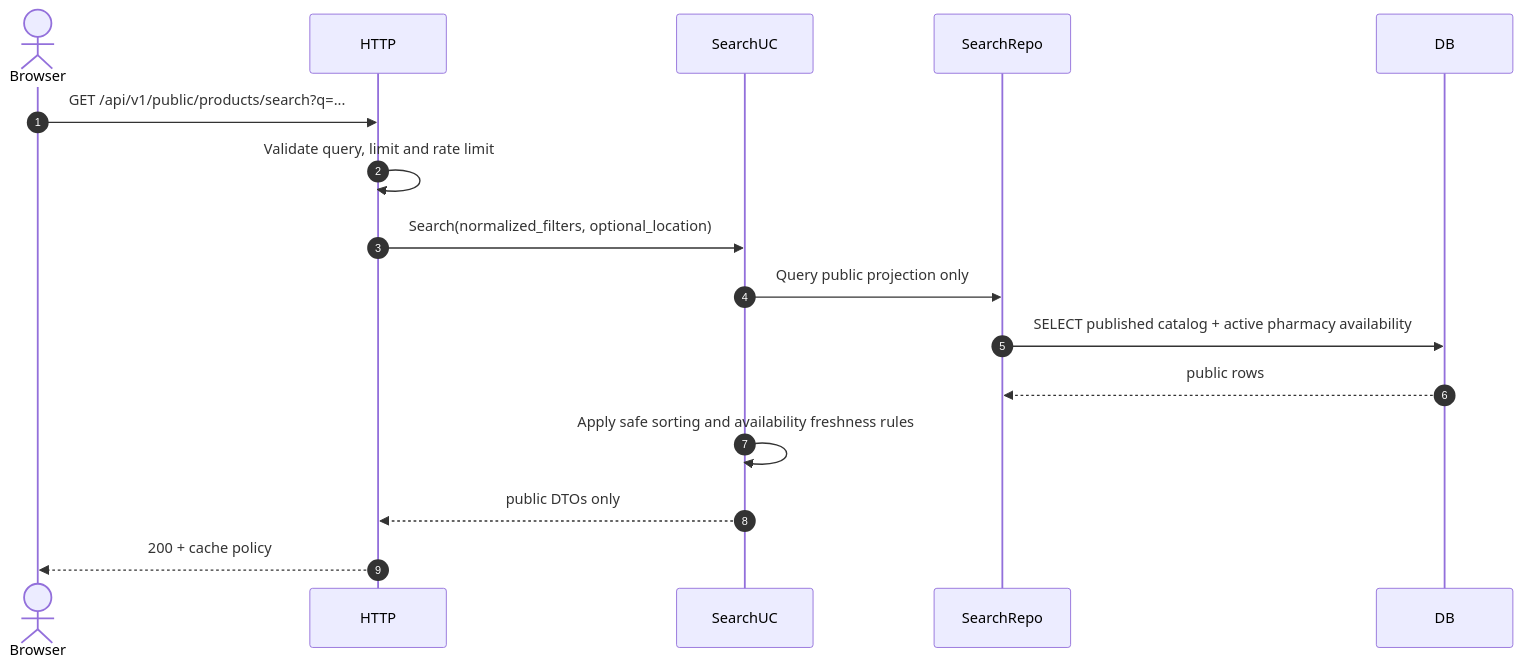
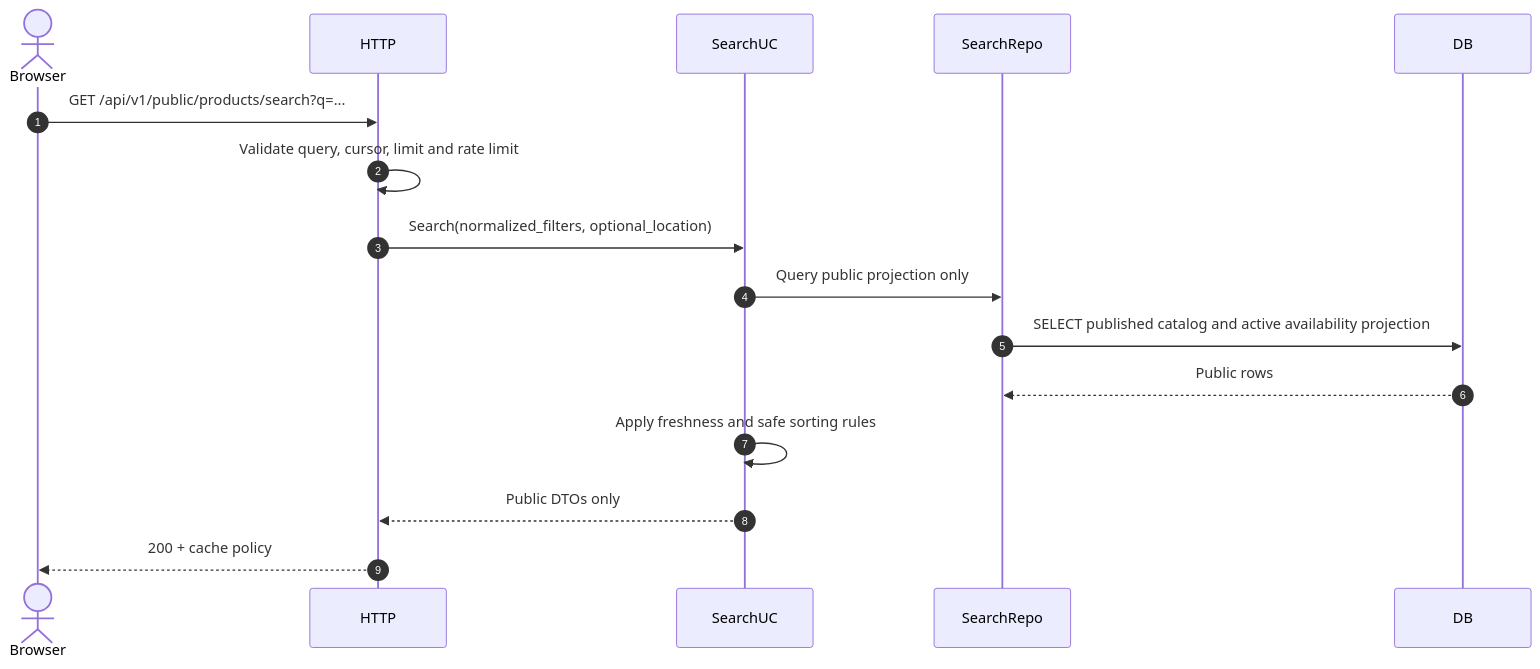
Diagram 15 of 19 in docs/10-sequence-diagrams.md (GulovM/PharmacyCRM), drawn with Mermaid before and after one commit. The commit also changed other lines of this file, not shown here.

Commit message:
Harden critical sequence and transaction protocols

````diff
--- a/docs/10-sequence-diagrams.md
+++ b/docs/10-sequence-diagrams.md
@@ -482,19 +707,19 @@
 ```mermaid
 sequenceDiagram
     autonumber
     actor Browser
     participant HTTP
     participant SearchUC
     participant SearchRepo
     participant DB
 
     Browser->>HTTP: GET /api/v1/public/products/search?q=...
-    HTTP->>HTTP: Validate query, limit and rate limit
+    HTTP->>HTTP: Validate query, cursor, limit and rate limit
     HTTP->>SearchUC: Search(normalized_filters, optional_location)
     SearchUC->>SearchRepo: Query public projection only
-    SearchRepo->>DB: SELECT published catalog + active pharmacy availability
-    DB-->>SearchRepo: public rows
-    SearchUC->>SearchUC: Apply safe sorting and availability freshness rules
-    SearchUC-->>HTTP: public DTOs only
+    SearchRepo->>DB: SELECT published catalog and active availability projection
+    DB-->>SearchRepo: Public rows
+    SearchUC->>SearchUC: Apply freshness and safe sorting rules
+    SearchUC-->>HTTP: Public DTOs only
     HTTP-->>Browser: 200 + cache policy
 ```
````
